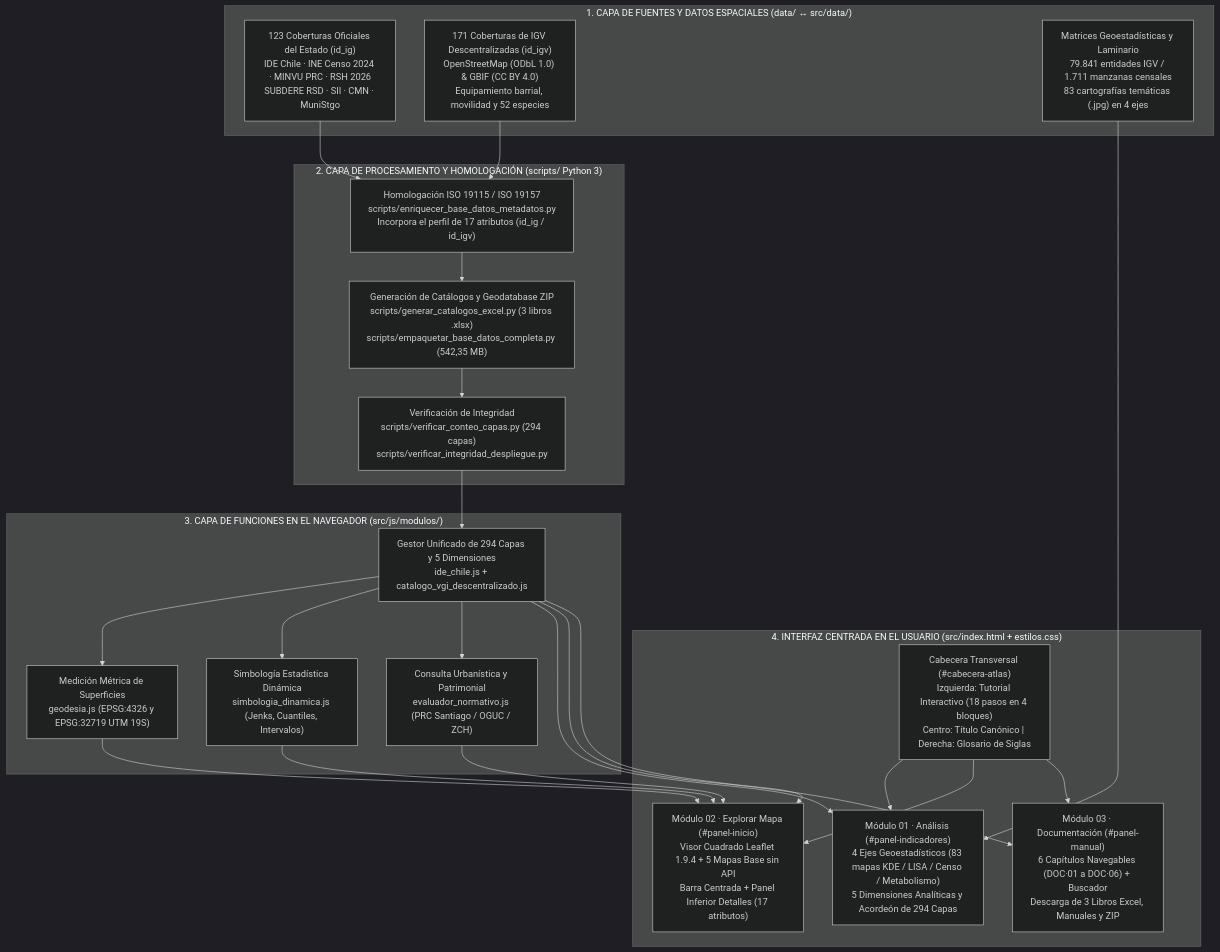
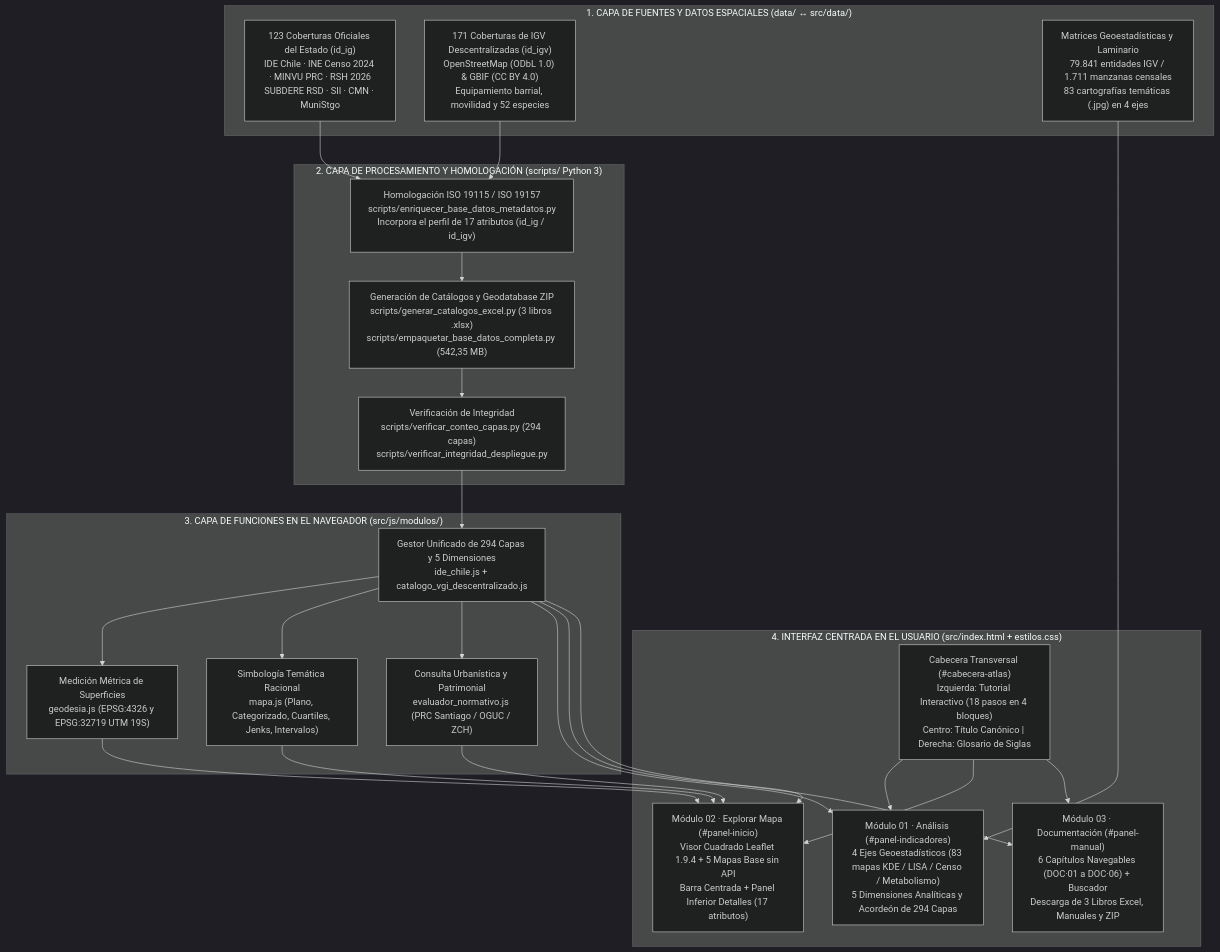
Before and after one commit to GEOJOTA/atlas-vgi-barrio-brasil: the diagram in src/docs/ARQUITECTURA.md, drawn with Mermaid (dark theme). The commit also changed other lines of this file and 29 other files, not shown here.

````diff
--- a/src/docs/ARQUITECTURA.md
+++ b/src/docs/ARQUITECTURA.md
@@ -26,36 +26,36 @@
 ```mermaid
 flowchart TB
     subgraph CAPA_DATOS["1. CAPA DE FUENTES Y DATOS ESPACIALES (data/ ↔ src/data/)"]
         F_OF["123 Coberturas Oficiales del Estado (id_ig)\nIDE Chile · INE Censo 2024 · MINVU PRC · RSH 2026\nSUBDERE RSD · SII · CMN · MuniStgo"]
         F_IGV["171 Coberturas de IGV Descentralizadas (id_igv)\nOpenStreetMap (ODbL 1.0) & GBIF (CC BY 4.0)\nEquipamiento barrial, movilidad y 52 especies"]
         F_MAT["Matrices Geoestadísticas y Laminario\n79.841 entidades IGV / 1.711 manzanas censales\n83 cartografías temáticas (.jpg) en 4 ejes"]
     end
 
     subgraph CAPA_ETL["2. CAPA DE PROCESAMIENTO Y HOMOLOGACIÓN (scripts/ Python 3)"]
         S_META["Homologación ISO 19115 / ISO 19157\nscripts/enriquecer_base_datos_metadatos.py\nIncorpora el perfil de 17 atributos (id_ig / id_igv)"]
         S_XLSX["Generación de Catálogos y Geodatabase ZIP\nscripts/generar_catalogos_excel.py (3 libros .xlsx)\nscripts/empaquetar_base_datos_completa.py (542,35 MB)"]
         S_AUD["Verificación de Integridad\nscripts/verificar_conteo_capas.py (294 capas)\nscripts/verificar_integridad_despliegue.py"]
     end
 
     subgraph CAPA_MOTORES["3. CAPA DE FUNCIONES EN EL NAVEGADOR (src/js/modulos/)"]
         M_CAT["Gestor Unificado de 294 Capas y 5 Dimensiones\nide_chile.js + catalogo_vgi_descentralizado.js"]
         M_GEO["Medición Métrica de Superficies\ngeodesia.js (EPSG:4326 y EPSG:32719 UTM 19S)"]
-        M_SIM["Simbología Estadística Dinámica\nsimbologia_dinamica.js (Jenks, Cuantiles, Intervalos)"]
+        M_SIM["Simbología Temática Racional\nmapa.js (Plano, Categorizado, Cuartiles, Jenks, Intervalos)"]
         M_PRC["Consulta Urbanística y Patrimonial\nevaluador_normativo.js (PRC Santiago / OGUC / ZCH)"]
     end
 
     subgraph CAPA_UI["4. INTERFAZ CENTRADA EN EL USUARIO (src/index.html + estilos.css)"]
         UI_CAB["Cabecera Transversal (#cabecera-atlas)\nIzquierda: Tutorial Interactivo (18 pasos en 4 bloques)\nCentro: Título Canónico | Derecha: Glosario de Siglas"]
         UI_M1["Módulo 01 · Análisis (#panel-indicadores)\n4 Ejes Geoestadísticos (83 mapas KDE / LISA / Censo / Metabolismo)\n5 Dimensiones Analíticas y Acordeón de 294 Capas"]
         UI_M2["Módulo 02 · Explorar Mapa (#panel-inicio)\nVisor Cuadrado Leaflet 1.9.4 + 5 Mapas Base sin API\nBarra Centrada + Panel Inferior Detalles (17 atributos)"]
         UI_M3["Módulo 03 · Documentación (#panel-manual)\n6 Capítulos Navegables (DOC·01 a DOC·06) + Buscador\nDescarga de 3 Libros Excel, Manuales y ZIP"]
     end
 
     F_OF & F_IGV --> S_META --> S_XLSX --> S_AUD
     S_AUD --> M_CAT
     F_MAT --> UI_M1
     M_CAT --> M_GEO & M_SIM & M_PRC
     M_CAT --> UI_M1 & UI_M2 & UI_M3
     M_GEO & M_SIM & M_PRC --> UI_M2
     UI_CAB --> UI_M1 & UI_M2 & UI_M3
 ```
````
